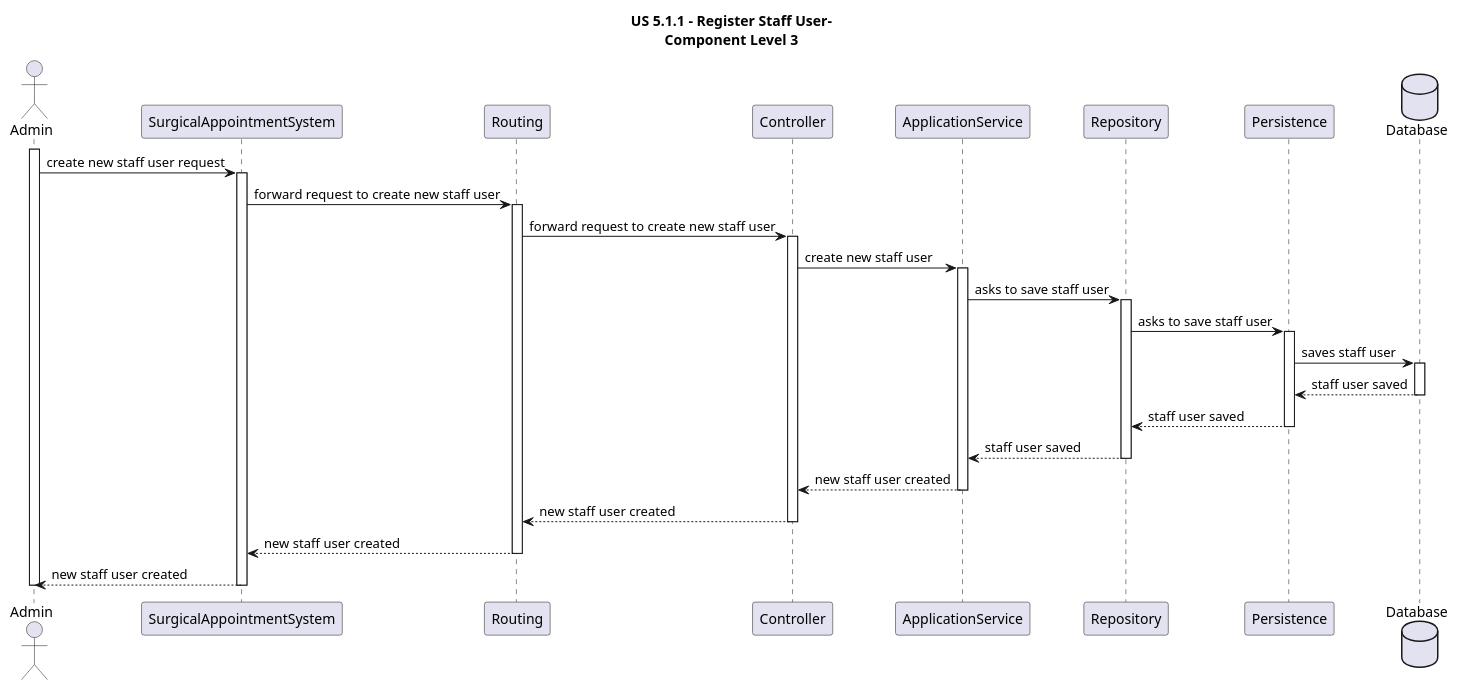
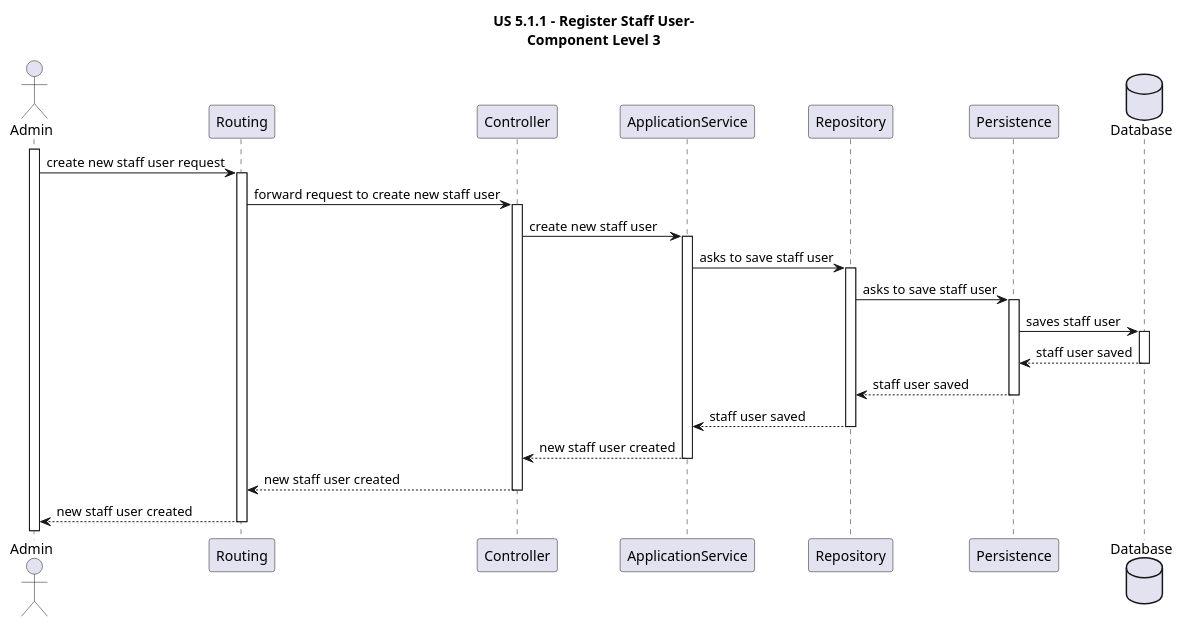
Before and after one commit to MateusCabral2004/sem5pi: the diagram in docs/Sprint 1/US 5.1.1/RegisterStaffUser/Sequence Diagrams/Level3/SD_Level3.puml, drawn with PlantUML. The commit also changed 6 other files, not shown here.

Commit message:
Small update to the diagrams

```diff
--- a/docs/Sprint 1/US 5.1.1/RegisterStaffUser/Sequence Diagrams/Level3/SD_Level3.puml
+++ b/docs/Sprint 1/US 5.1.1/RegisterStaffUser/Sequence Diagrams/Level3/SD_Level3.puml
@@ -1,59 +1,50 @@
 @startuml
 title US 5.1.1 - Register Staff User-\nComponent Level 3
 
 actor Admin
-participant SurgicalAppointmentSystem
 participant Routing
 participant Controller
 participant ApplicationService
 participant Repository
 participant Persistence
 database Database
 
 activate Admin
 
-Admin -> SurgicalAppointmentSystem: create new staff user request
-    activate SurgicalAppointmentSystem
-    
-    SurgicalAppointmentSystem -> Routing: forward request to create new staff user
+Admin -> Routing: create new staff user request
     activate Routing
     
     Routing -> Controller: forward request to create new staff user
     activate Controller
     
     Controller -> ApplicationService: create new staff user
     activate ApplicationService
     
     ApplicationService -> Repository: asks to save staff user
     activate Repository
     
     Repository -> Persistence: asks to save staff user
     activate Persistence
     
     Persistence -> Database: saves staff user
     activate Database
     
     Database --> Persistence: staff user saved
     deactivate Database
     
     Persistence --> Repository: staff user saved
     deactivate Persistence
     
     Repository --> ApplicationService: staff user saved
     deactivate Repository
     
     ApplicationService --> Controller: new staff user created
     deactivate ApplicationService
     
     Controller --> Routing: new staff user created
     deactivate Controller
     
-    Routing --> SurgicalAppointmentSystem: new staff user created
+    Routing --> Admin: new staff user created
     deactivate Routing
-    
-    SurgicalAppointmentSystem --> Admin: new staff user created
-    deactivate SurgicalAppointmentSystem
-
-deactivate Admin
 
 @enduml
```
